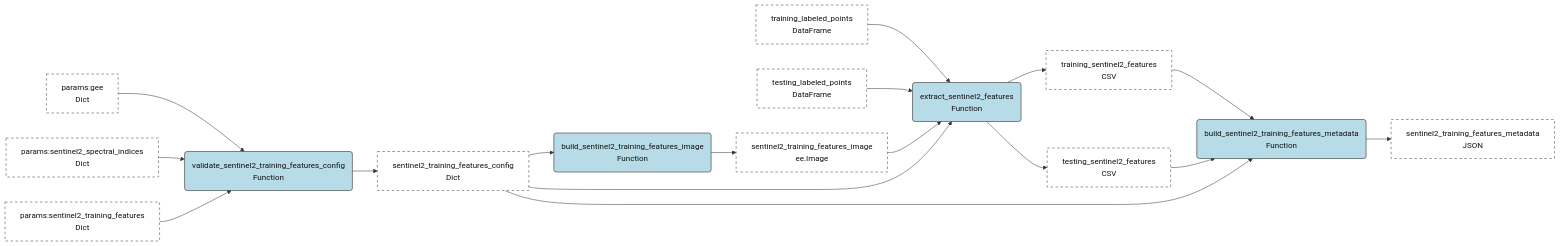
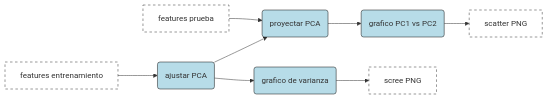
One commit to KevinReyes95-04/Proyecto_programacionSIG changed the sixth of 16 diagrams in docs/proyecto_final.qmd. Above: the diagram before and after it, drawn with Mermaid. The commit also changed other lines of this file and 55 other files, not shown here.

````diff
--- a/docs/proyecto_final.qmd
+++ b/docs/proyecto_final.qmd
@@ -553,22 +520,12 @@
 ```{mermaid}
 flowchart LR
-  gee["params:gee<br/>Dict"]:::input --> v("validate_sentinel2_training_features_config<br/>Function"):::func
-  idx["params:sentinel2_spectral_indices<br/>Dict"]:::input --> v
-  feat["params:sentinel2_training_features<br/>Dict"]:::input --> v
-  v --> cfg["sentinel2_training_features_config<br/>Dict"]:::output
-  cfg --> img("build_sentinel2_training_features_image<br/>Function"):::func
-  img --> eeimg["sentinel2_training_features_image<br/>ee.Image"]:::output
-  train["training_labeled_points<br/>DataFrame"]:::input --> sample("extract_sentinel2_features<br/>Function"):::func
-  test["testing_labeled_points<br/>DataFrame"]:::input --> sample
-  eeimg --> sample
-  cfg --> sample
-  sample --> trainf["training_sentinel2_features<br/>CSV"]:::output
-  sample --> testf["testing_sentinel2_features<br/>CSV"]:::output
-  trainf --> meta("build_sentinel2_training_features_metadata<br/>Function"):::func
-  testf --> meta
-  cfg --> meta
-  meta --> out["sentinel2_training_features_metadata<br/>JSON"]:::output
-  classDef input fill:#ffffff,stroke:#333333,stroke-dasharray:5 5,color:#111111;
-  classDef output fill:#ffffff,stroke:#333333,stroke-dasharray:5 5,color:#111111;
-  classDef func fill:#b7dce8,stroke:#111111,color:#111111;
+  train["features entrenamiento"]:::data --> fit("ajustar PCA"):::node
+  test["features prueba"]:::data --> trans("proyectar PCA"):::node
+  fit --> trans
+  fit --> scree("grafico de varianza"):::node
+  trans --> scatter("grafico PC1 vs PC2"):::node
+  scree --> o1["scree PNG"]:::data
+  scatter --> o2["scatter PNG"]:::data
+  classDef data fill:#ffffff,stroke:#333,stroke-dasharray:5 5;
+  classDef node fill:#b7dce8,stroke:#111;
 ```
````
